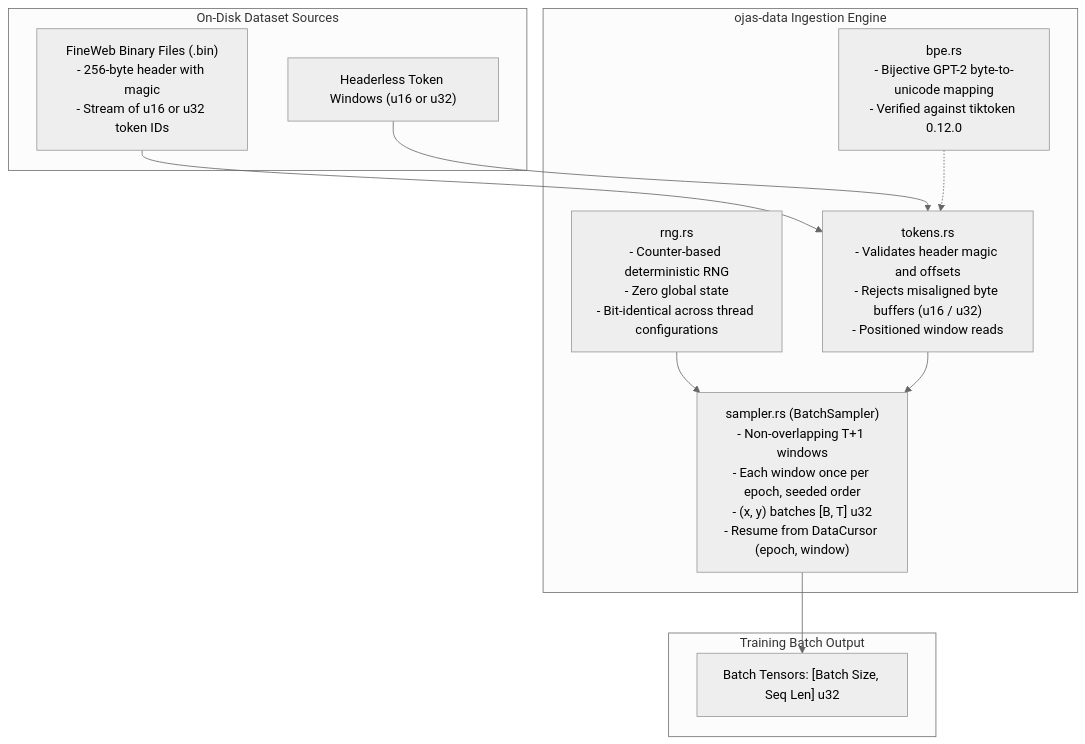
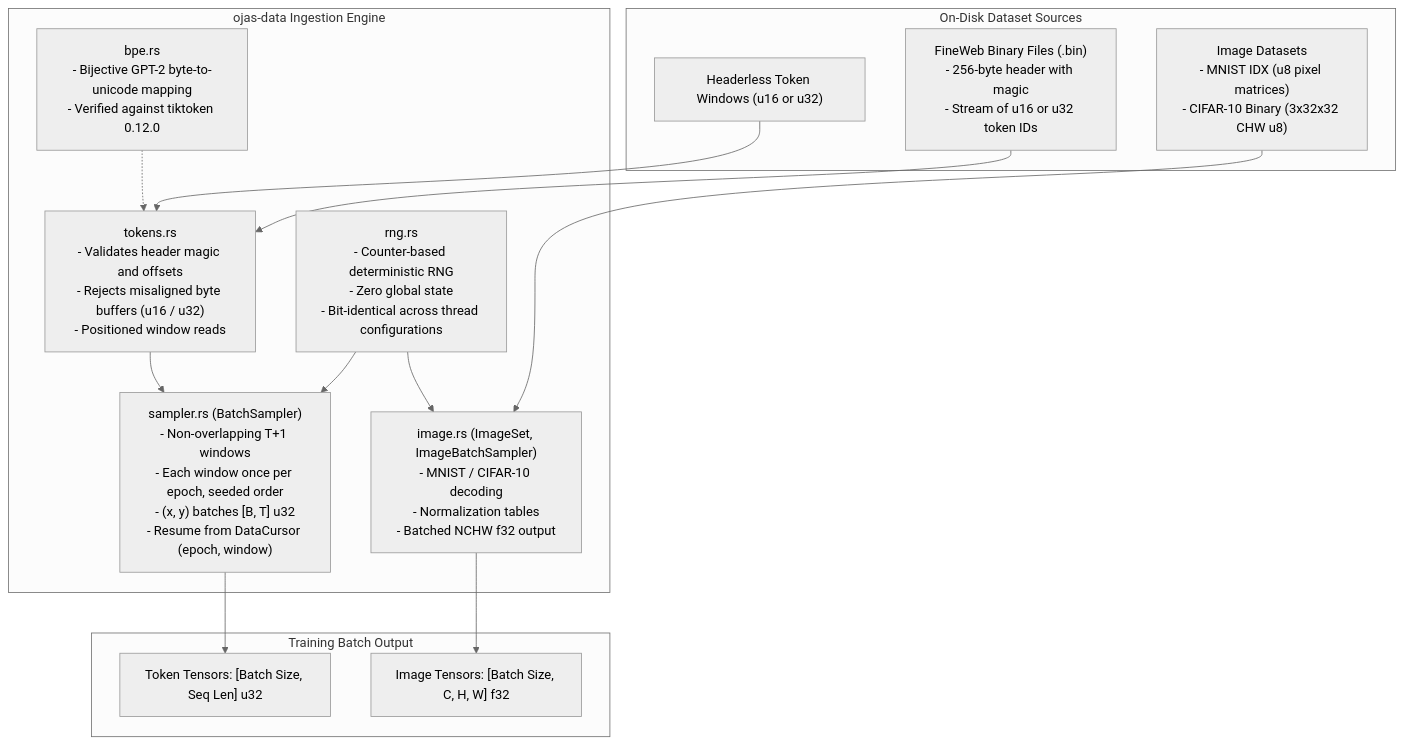
The first of 2 diagrams in ojas-data/README.md (bharathvbcr/ojas), drawn with Mermaid (neutral theme) before and after one commit. The commit also changed other lines of this file and 22 other files, not shown here.

````diff
--- a/ojas-data/README.md
+++ b/ojas-data/README.md
@@ -9,25 +9,31 @@
 ```mermaid
 flowchart TD
     subgraph Storage["On-Disk Dataset Sources"]
         FineWeb["FineWeb Binary Files (.bin)\n- 256-byte header with magic\n- Stream of u16 or u32 token IDs"]
         RawWindows["Headerless Token Windows (u16 or u32)"]
+        Images["Image Datasets\n- MNIST IDX (u8 pixel matrices)\n- CIFAR-10 Binary (3x32x32 CHW u8)"]
     end
 
     subgraph DataEngine["ojas-data Ingestion Engine"]
         Tokens["tokens.rs\n- Validates header magic and offsets\n- Rejects misaligned byte buffers (u16 / u32)\n- Positioned window reads"]
         Sampler["sampler.rs (BatchSampler)\n- Non-overlapping T+1 windows\n- Each window once per epoch, seeded order\n- (x, y) batches [B, T] u32\n- Resume from DataCursor (epoch, window)"]
+        ImageEngine["image.rs (ImageSet, ImageBatchSampler)\n- MNIST / CIFAR-10 decoding\n- Normalization tables\n- Batched NCHW f32 output"]
         RNG["rng.rs\n- Counter-based deterministic RNG\n- Zero global state\n- Bit-identical across thread configurations"]
         BPE["bpe.rs\n- Bijective GPT-2 byte-to-unicode mapping\n- Verified against tiktoken 0.12.0"]
     end
 
     subgraph Batches["Training Batch Output"]
-        Out["Batch Tensors: [Batch Size, Seq Len] u32"]
+        OutTokens["Token Tensors: [Batch Size, Seq Len] u32"]
+        OutImages["Image Tensors: [Batch Size, C, H, W] f32"]
     end
 
     FineWeb --> Tokens
     RawWindows --> Tokens
+    Images --> ImageEngine
     RNG --> Sampler
+    RNG --> ImageEngine
     BPE -.-> Tokens
     Tokens --> Sampler
-    Sampler --> Out
+    Sampler --> OutTokens
+    ImageEngine --> OutImages
 ```
````
